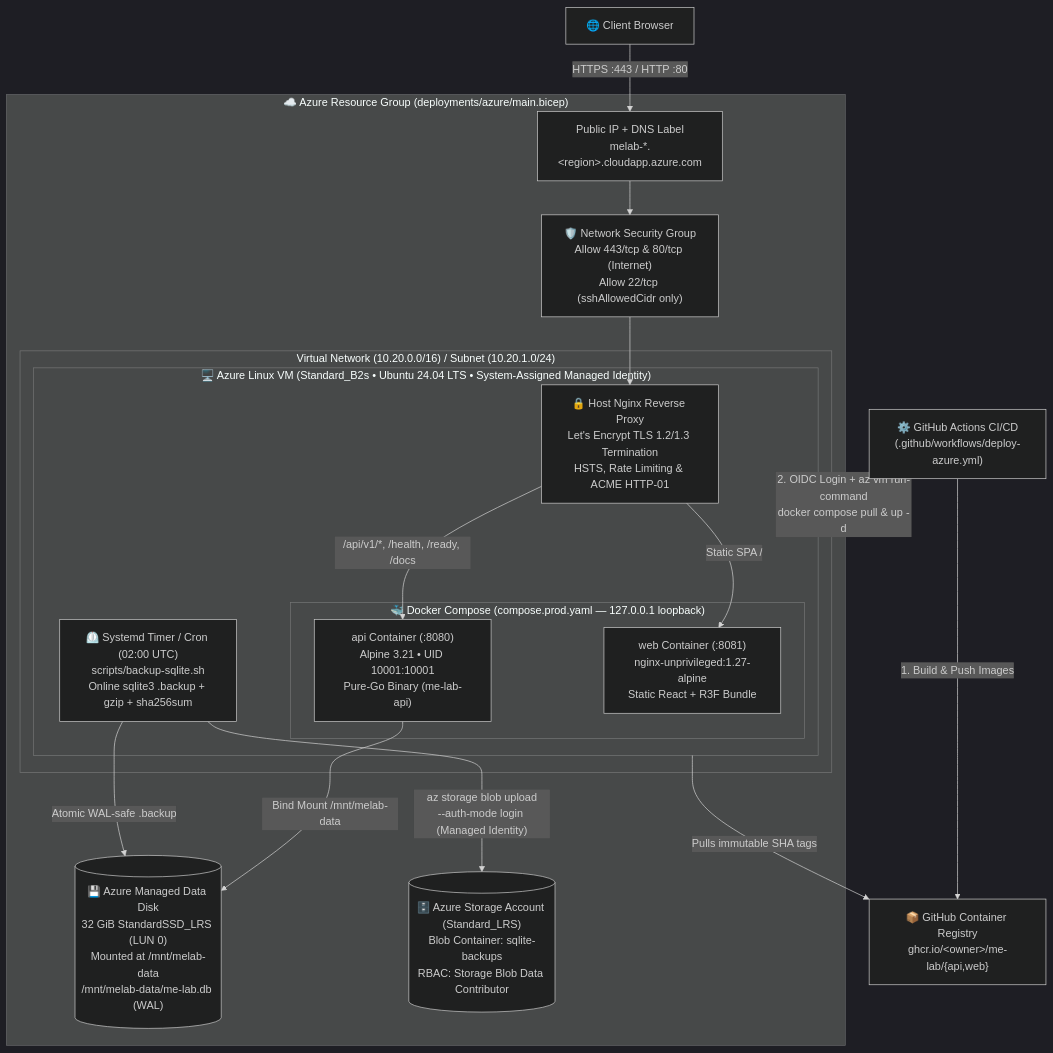
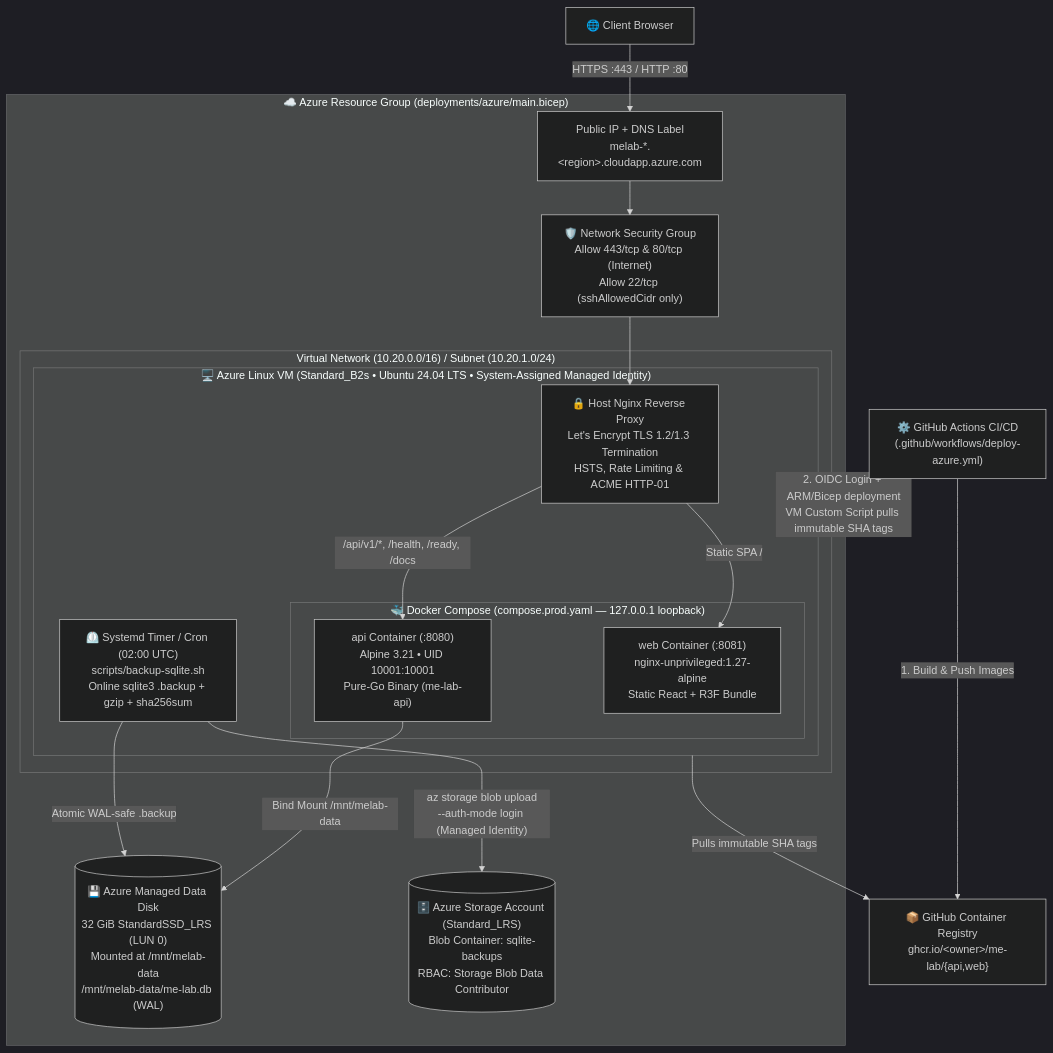
The diagram in docs/diagrams/03-deployment.mmd (felipinhobgtom/me-lab), drawn with Mermaid (dark theme) before and after one commit. The commit also changed 6 other files, not shown here.

Commit message:
ci: deploy Azure releases through ARM Bicep

```diff
--- a/docs/diagrams/03-deployment.mmd
+++ b/docs/diagrams/03-deployment.mmd
@@ -1,38 +1,38 @@
 flowchart TB
     Browser["🌐 Client Browser"]
     GHActions["⚙️ GitHub Actions CI/CD<br/>(.github/workflows/deploy-azure.yml)"]
     GHCR["📦 GitHub Container Registry<br/>ghcr.io/&lt;owner&gt;/me-lab/{api,web}"]
 
     subgraph AzureRG["☁️ Azure Resource Group (deployments/azure/main.bicep)"]
         PIP["Public IP + DNS Label<br/>melab-*.&lt;region&gt;.cloudapp.azure.com"]
         NSG["🛡️ Network Security Group<br/>Allow 443/tcp & 80/tcp (Internet)<br/>Allow 22/tcp (sshAllowedCidr only)"]
 
         subgraph VNet["Virtual Network (10.20.0.0/16) / Subnet (10.20.1.0/24)"]
             subgraph VM["🖥️ Azure Linux VM (Standard_B2s • Ubuntu 24.04 LTS • System-Assigned Managed Identity)"]
                 NginxHost["🔒 Host Nginx Reverse Proxy<br/>Let's Encrypt TLS 1.2/1.3 Termination<br/>HSTS, Rate Limiting & ACME HTTP-01"]
 
                 subgraph DockerCompose["🐳 Docker Compose (compose.prod.yaml — 127.0.0.1 loopback)"]
                     WebCont["web Container (:8081)<br/>nginx-unprivileged:1.27-alpine<br/>Static React + R3F Bundle"]
                     APICont["api Container (:8080)<br/>Alpine 3.21 • UID 10001:10001<br/>Pure-Go Binary (me-lab-api)"]
                 end
 
                 BackupTimer["⏲️ Systemd Timer / Cron (02:00 UTC)<br/>scripts/backup-sqlite.sh<br/>Online sqlite3 .backup + gzip + sha256sum"]
             end
         end
 
         DataDisk[("💾 Azure Managed Data Disk<br/>32 GiB StandardSSD_LRS (LUN 0)<br/>Mounted at /mnt/melab-data<br/>/mnt/melab-data/me-lab.db (WAL)")]
         BlobAcct[("🗄️ Azure Storage Account (Standard_LRS)<br/>Blob Container: sqlite-backups<br/>RBAC: Storage Blob Data Contributor")]
     end
 
     Browser -->|"HTTPS :443 / HTTP :80"| PIP
     PIP --> NSG
     NSG --> NginxHost
     NginxHost -->|"Static SPA /"| WebCont
     NginxHost -->|"/api/v1/*, /health, /ready, /docs"| APICont
     APICont -->|"Bind Mount /mnt/melab-data"| DataDisk
     BackupTimer -->|"Atomic WAL-safe .backup"| DataDisk
     BackupTimer -->|"az storage blob upload<br/>--auth-mode login (Managed Identity)"| BlobAcct
 
     GHActions -->|"1. Build & Push Images"| GHCR
-    GHActions -->|"2. OIDC Login + az vm run-command<br/>docker compose pull & up -d"| VM
+    GHActions -->|"2. OIDC Login + ARM/Bicep deployment<br/>VM Custom Script pulls immutable SHA tags"| VM
     VM -->|"Pulls immutable SHA tags"| GHCR
```
